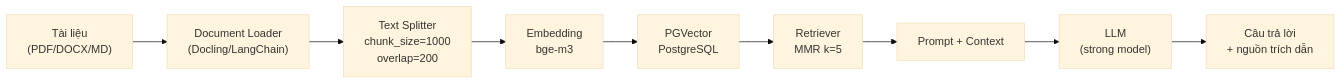
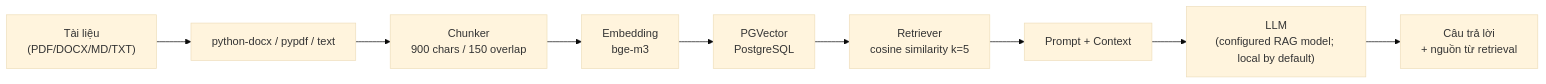
Before and after one commit to tranquoctrieu382006-tech/AI-assistant: the third of 7 diagrams in docs/architecture.md, drawn with Mermaid (base theme). The commit also changed other lines of this file and 21 other files, not shown here.

````diff
--- a/docs/architecture.md
+++ b/docs/architecture.md
@@ -183,11 +148,11 @@
 ```mermaid
 flowchart LR
-    A["Tài liệu\n(PDF/DOCX/MD)"] --> B["Document Loader\n(Docling/LangChain)"]
-    B --> C["Text Splitter\nchunk_size=1000\noverlap=200"]
+    A["Tài liệu\n(PDF/DOCX/MD/TXT)"] --> B["python-docx / pypdf / text"]
+    B --> C["Chunker\n900 chars / 150 overlap"]
     C --> D["Embedding\nbge-m3"]
     D --> E["PGVector\nPostgreSQL"]
-    E --> F["Retriever\nMMR k=5"]
+    E --> F["Retriever\ncosine similarity k=5"]
     F --> G["Prompt + Context"]
-    G --> H["LLM\n(strong model)"]
-    H --> I["Câu trả lời\n+ nguồn trích dẫn"]
+    G --> H["LLM\n(configured RAG model; local by default)"]
+    H --> I["Câu trả lời\n+ nguồn từ retrieval"]
 ```
````
